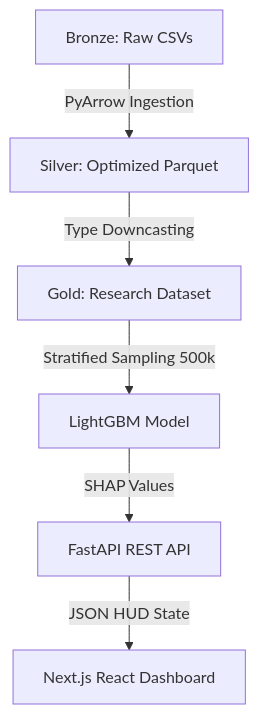
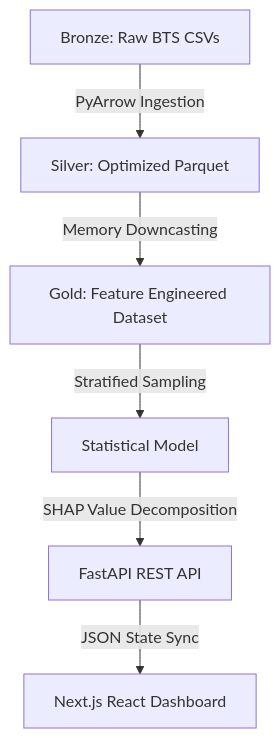
The diagram in README.md (vagi5314/Flight_predictor), drawn with Mermaid before and after one commit. The commit also changed other lines of this file, not shown here.

Commit message:
docs: pivot README to Data Science and Operational Research focus

````diff
--- a/README.md
+++ b/README.md
@@ -39,8 +39,8 @@
 ```mermaid
 graph TD
-    A[Bronze: Raw CSVs] -->|PyArrow Ingestion| B[Silver: Optimized Parquet]
-    B -->|Type Downcasting| C[Gold: Research Dataset]
-    C -->|Stratified Sampling 500k| D[LightGBM Model]
-    D -->|SHAP Values| E[FastAPI REST API]
-    E -->|JSON HUD State| F[Next.js React Dashboard]
+    A[Bronze: Raw BTS CSVs] -->|PyArrow Ingestion| B[Silver: Optimized Parquet]
+    B -->|Memory Downcasting| C[Gold: Feature Engineered Dataset]
+    C -->|Stratified Sampling| D[Statistical Model]
+    D -->|SHAP Value Decomposition| E[FastAPI REST API]
+    E -->|JSON State Sync| F[Next.js React Dashboard]
 ```
````
